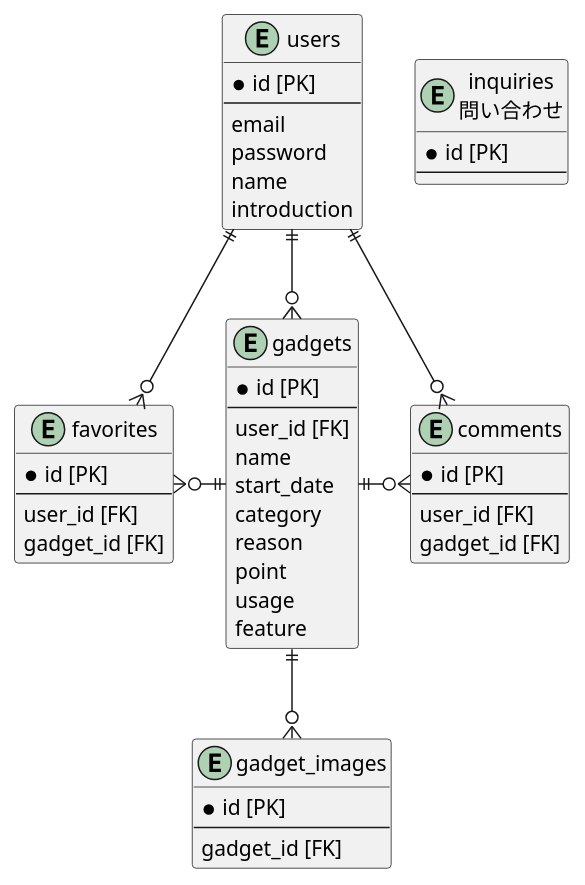
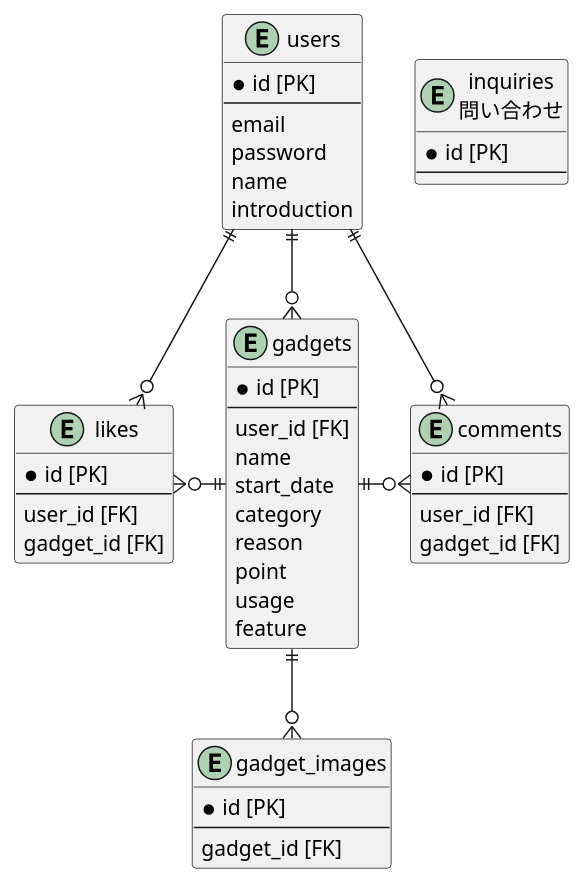
The diagram in erd.pu (darutani/Portfolio-OshiGadge), drawn with PlantUML before and after one commit. The commit also changed 7 other files, not shown here.

```diff
--- a/erd.pu
+++ b/erd.pu
@@ -1,57 +1,57 @@
 @startuml OshiGadge
 
 entity users {
   *id [PK]
   --
   email
   password
   name
   introduction
 }
 
 entity gadgets {
   *id [PK]
   --
   user_id [FK]
   name
   start_date
   category
   reason
   point
   usage
   feature
 }
 
-entity favorites {
+entity likes {
   *id [PK]
   --
   user_id [FK]
   gadget_id [FK]
 }
 
 entity comments {
   *id [PK]
   --
   user_id [FK]
   gadget_id [FK]
 }
 
 entity inquiries as "inquiries\n問い合わせ" {
   *id [PK]
   --
 }
 
 entity gadget_images {
   *id [PK]
   --
   gadget_id [FK]
 }
 
 users ||--o{ gadgets
 users ||--o{ comments
-users ||--o{ favorites
+users ||--o{ likes
 gadgets ||-r-o{ comments
 gadgets ||-d-o{ gadget_images
-gadgets ||-l-o{ favorites
+gadgets ||-l-o{ likes
 
 @enduml
```
